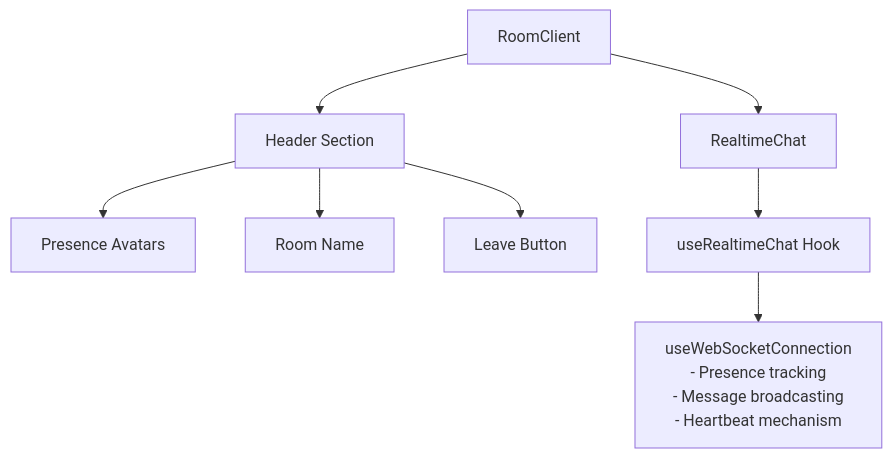
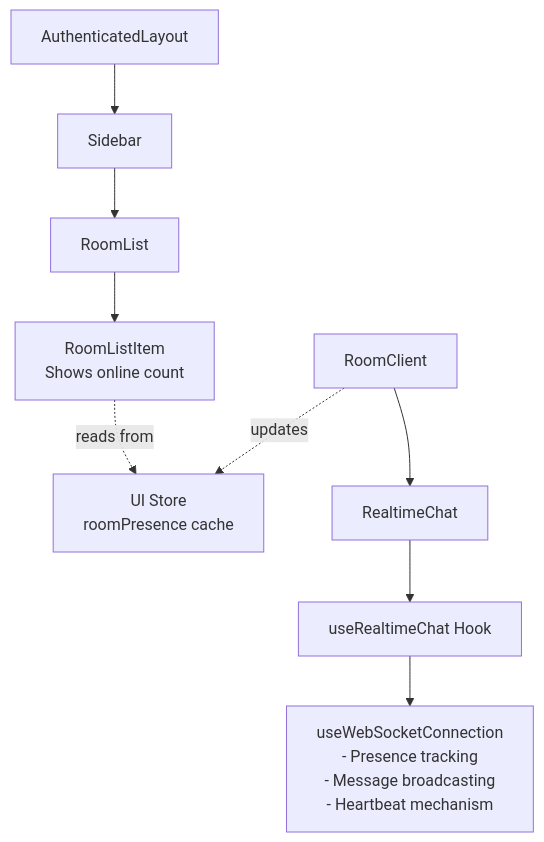
Before and after one commit to jtclarkjr/realtime-chat-react: the first of 5 diagrams in docs/user-presence-system.md, drawn with Mermaid. The commit also changed other lines of this file and 15 other files, not shown here.

````diff
--- a/docs/user-presence-system.md
+++ b/docs/user-presence-system.md
@@ -37,19 +38,21 @@
 ```mermaid
 graph TB
+    AL[AuthenticatedLayout]
+    SB[Sidebar]
+    RL[RoomList]
+    RLI[RoomListItem<br/>Shows online count]
+    UIS[UI Store<br/>roomPresence cache]
     RC[RoomClient]
-    HS[Header Section]
-    PA[Presence Avatars]
-    RN[Room Name]
-    LB[Leave Button]
     RTC[RealtimeChat]
     URC[useRealtimeChat Hook]
     UWS[useWebSocketConnection<br/>- Presence tracking<br/>- Message broadcasting<br/>- Heartbeat mechanism]
 
-    RC --> HS
+    AL --> SB
+    SB --> RL
+    RL --> RLI
+    RLI -.reads from.-> UIS
+    RC -.updates.-> UIS
     RC --> RTC
-    HS --> PA
-    HS --> RN
-    HS --> LB
     RTC --> URC
     URC --> UWS
 ```
````
